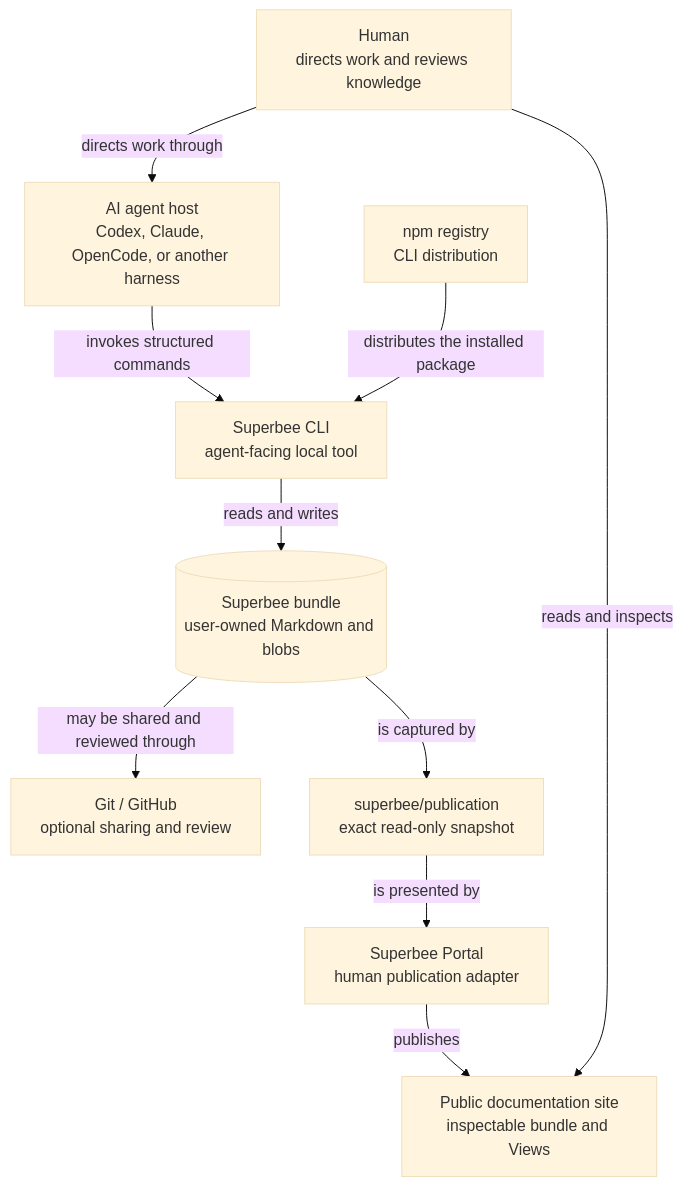
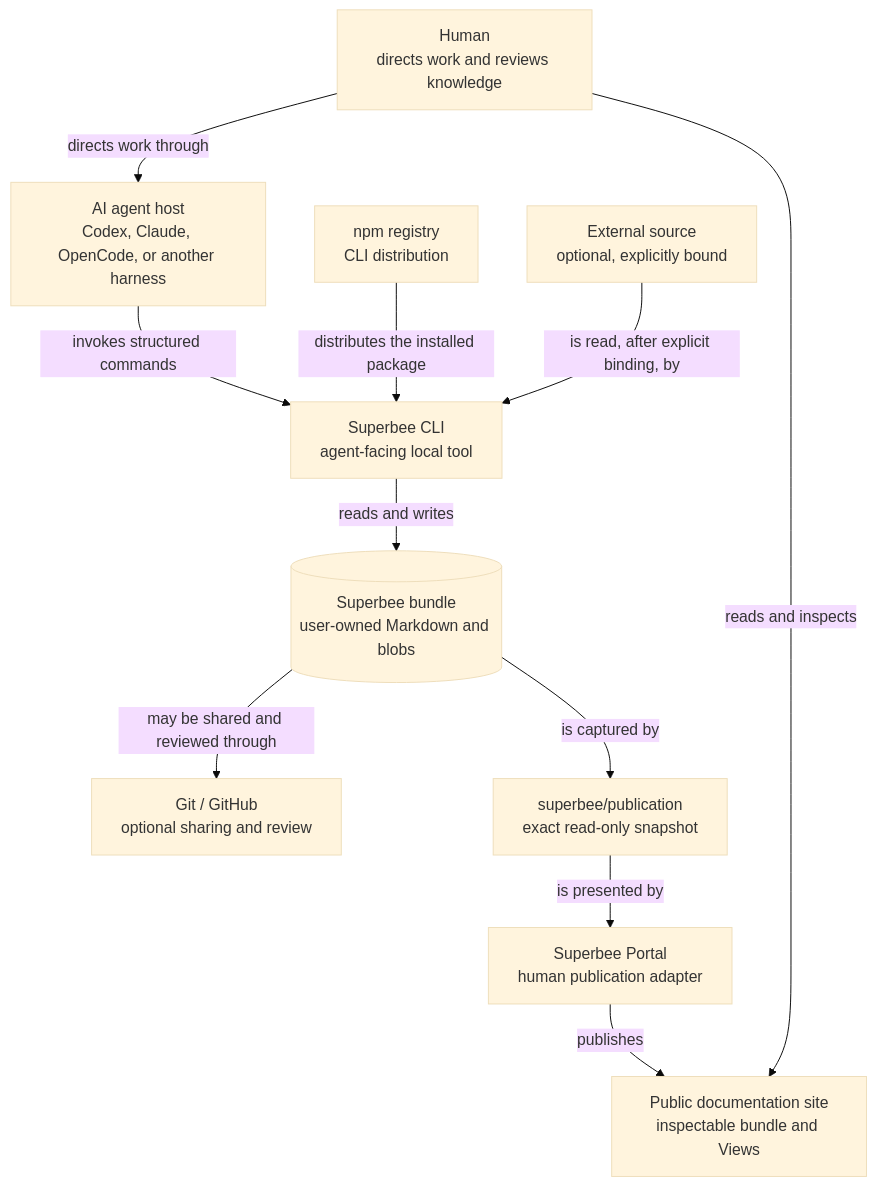
Before and after one commit to Holaxis-ai/superbee-docs: the diagram in diagrams/sources/superbee-system-context.mmd, drawn with Mermaid (base theme). The commit also changed 9 other files, not shown here.

```diff
--- a/diagrams/sources/superbee-system-context.mmd
+++ b/diagrams/sources/superbee-system-context.mmd
@@ -1,28 +1,31 @@
 flowchart TB
   accTitle: Superbee system context
   accDescr {
     A human works through an AI agent host. The host invokes the locally installed Superbee CLI,
     which reads and writes a user-owned bundle. Git and GitHub may share that bundle. The npm
-    registry distributes the CLI. Superbee publication captures a read-only snapshot that Portal
+    registry distributes the CLI. An explicitly bound external source can update the fields it owns
+    on existing linked documents, and the CLI records conflicts as Signal documents. Superbee publication captures a read-only snapshot that Portal
     turns into a public site for humans.
   }
 
   human["Human<br/>directs work and reviews knowledge"]
   host["AI agent host<br/>Codex, Claude, OpenCode, or another harness"]
   cli["Superbee CLI<br/>agent-facing local tool"]
   bundle[("Superbee bundle<br/>user-owned Markdown and blobs")]
   git["Git / GitHub<br/>optional sharing and review"]
   npm["npm registry<br/>CLI distribution"]
+  source["External source<br/>optional, explicitly bound"]
   publication["superbee/publication<br/>exact read-only snapshot"]
   portal["Superbee Portal<br/>human publication adapter"]
   site["Public documentation site<br/>inspectable bundle and Views"]
 
   human -->|"directs work through"| host
   host -->|"invokes structured commands"| cli
   npm -->|"distributes the installed package"| cli
+  source -->|"is read, after explicit binding, by"| cli
   cli -->|"reads and writes"| bundle
   bundle -->|"may be shared and reviewed through"| git
   bundle -->|"is captured by"| publication
   publication -->|"is presented by"| portal
   portal -->|"publishes"| site
   human -->|"reads and inspects"| site
```
